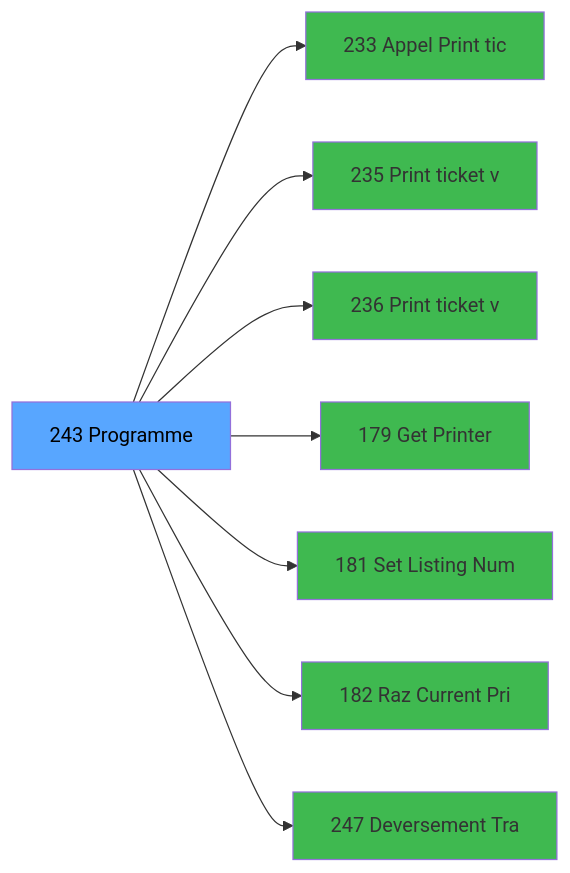
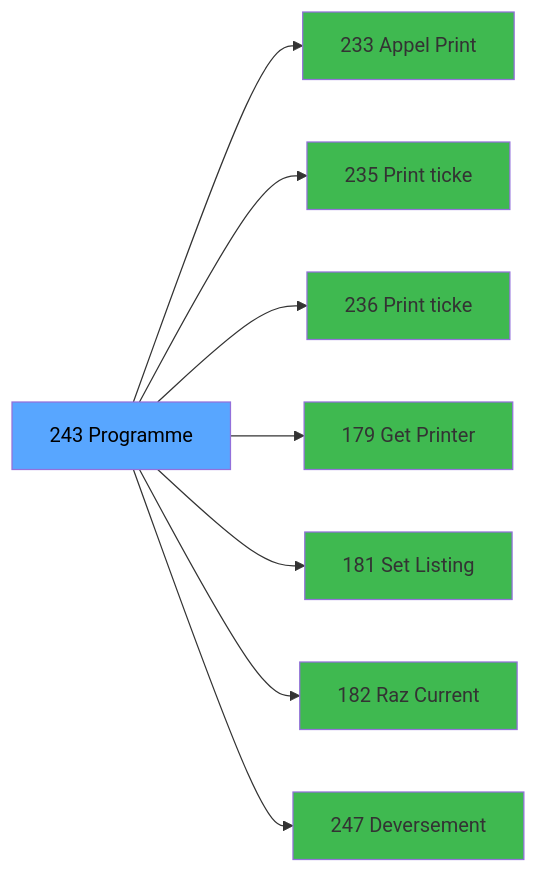
The third of 3 diagrams in .openspec/specs/ADH-IDE-243.md (thonyAGP/magic-migration), drawn with Mermaid before and after one commit. The commit also changed other lines of this file and 323 other files, not shown here.

````diff
--- a/.openspec/specs/ADH-IDE-243.md
+++ b/.openspec/specs/ADH-IDE-243.md
@@ -144,26 +182,26 @@
 ```mermaid
 graph LR
     T[243 Programme]
-    C233[233 Appel Print tic]
+    C233[233 Appel Print ]
     T --> C233
-    C235[235  Print ticket v]
+    C235[235  Print ticke]
     T --> C235
-    C236[236  Print ticket v]
+    C236[236  Print ticke]
     T --> C236
     C179[179 Get Printer]
     T --> C179
-    C181[181 Set Listing Num]
+    C181[181 Set Listing ]
     T --> C181
-    C182[182 Raz Current Pri]
+    C182[182 Raz Current ]
     T --> C182
-    C247[247 Deversement Tra]
+    C247[247 Deversement ]
     T --> C247
     style T fill:#58a6ff,color:#000
     style C233 fill:#3fb950
     style C235 fill:#3fb950
     style C236 fill:#3fb950
     style C179 fill:#3fb950
     style C181 fill:#3fb950
     style C182 fill:#3fb950
     style C247 fill:#3fb950
 ```
````
